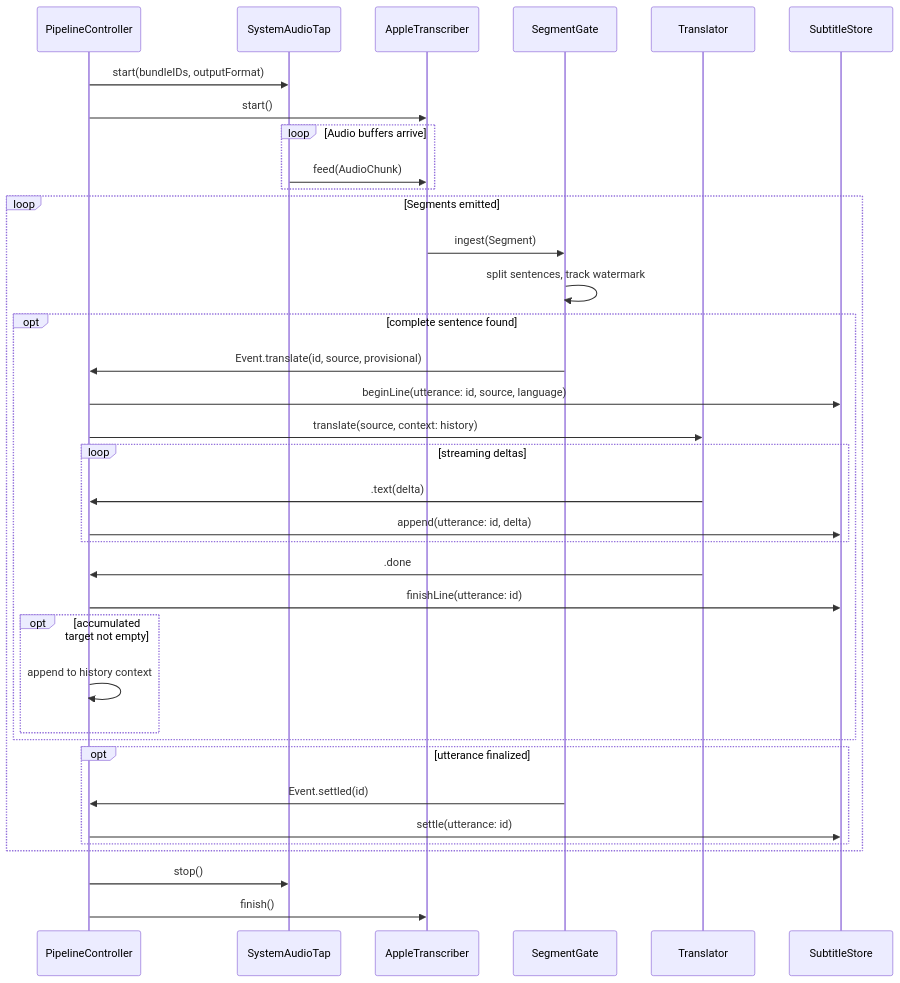
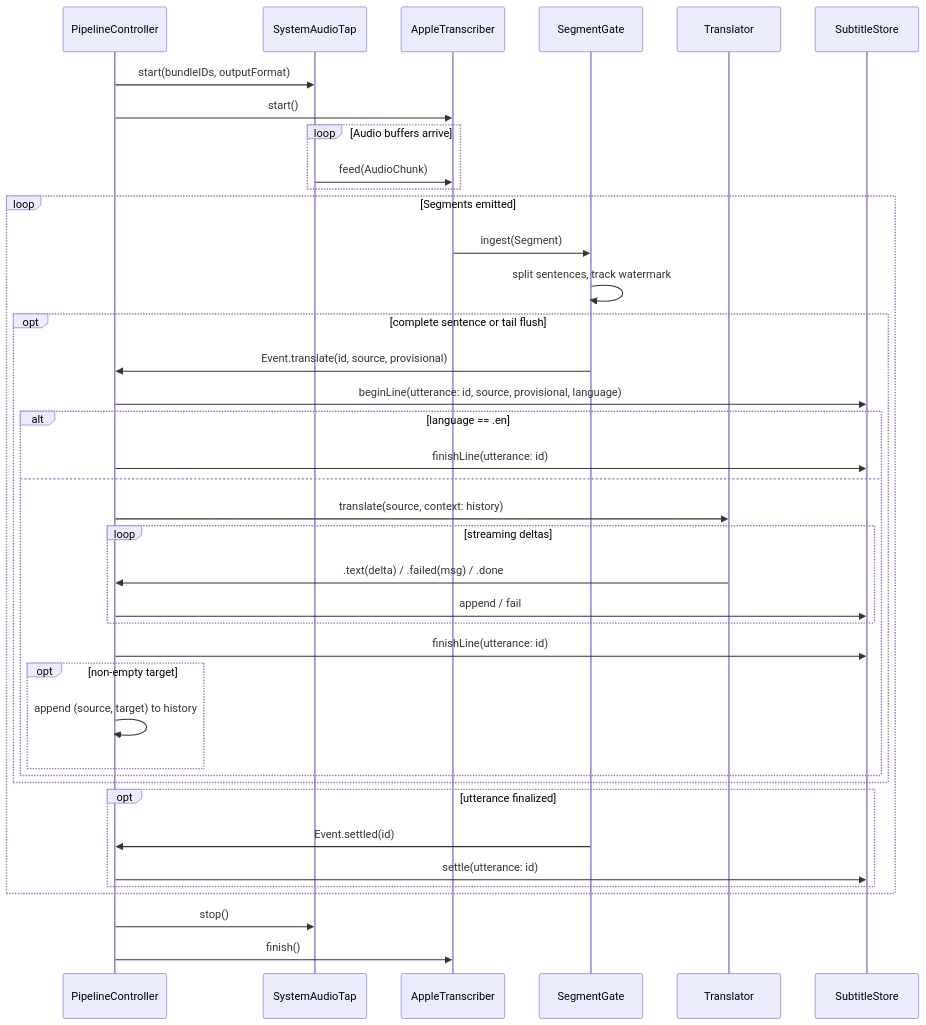
The second of 9 diagrams in docs/architecture.md (dautroc/tsuyaku), drawn with Mermaid before and after one commit. The commit also changed other lines of this file, not shown here.

Commit message:
Update the latest architecture

````diff
--- a/docs/architecture.md
+++ b/docs/architecture.md
@@ -102,42 +117,45 @@
 ```mermaid
 sequenceDiagram
     participant PC as PipelineController
     participant Tap as SystemAudioTap
     participant STT as AppleTranscriber
     participant Gate as SegmentGate
     participant T as Translator
     participant Store as SubtitleStore
 
     PC->>Tap: start(bundleIDs, outputFormat)
     PC->>STT: start()
 
     loop Audio buffers arrive
         Tap->>STT: feed(AudioChunk)
     end
 
     loop Segments emitted
         STT->>Gate: ingest(Segment)
         Gate->>Gate: split sentences, track watermark
-        opt complete sentence found
+        opt complete sentence or tail flush
             Gate->>PC: Event.translate(id, source, provisional)
-            PC->>Store: beginLine(utterance: id, source, language)
-            PC->>T: translate(source, context: history)
-            loop streaming deltas
-                T->>PC: .text(delta)
-                PC->>Store: append(utterance: id, delta)
-            end
-            T->>PC: .done
-            PC->>Store: finishLine(utterance: id)
-            opt accumulated target not empty
-                PC->>PC: append to history context
+            PC->>Store: beginLine(utterance: id, source, provisional, language)
+            alt language == .en
+                PC->>Store: finishLine(utterance: id)
+            else
+                PC->>T: translate(source, context: history)
+                loop streaming deltas
+                    T->>PC: .text(delta) / .failed(msg) / .done
+                    PC->>Store: append / fail
+                end
+                PC->>Store: finishLine(utterance: id)
+                opt non-empty target
+                    PC->>PC: append (source, target) to history
+                end
             end
         end
         opt utterance finalized
             Gate->>PC: Event.settled(id)
             PC->>Store: settle(utterance: id)
         end
     end
 
     PC->>Tap: stop()
     PC->>STT: finish()
 ```
````
